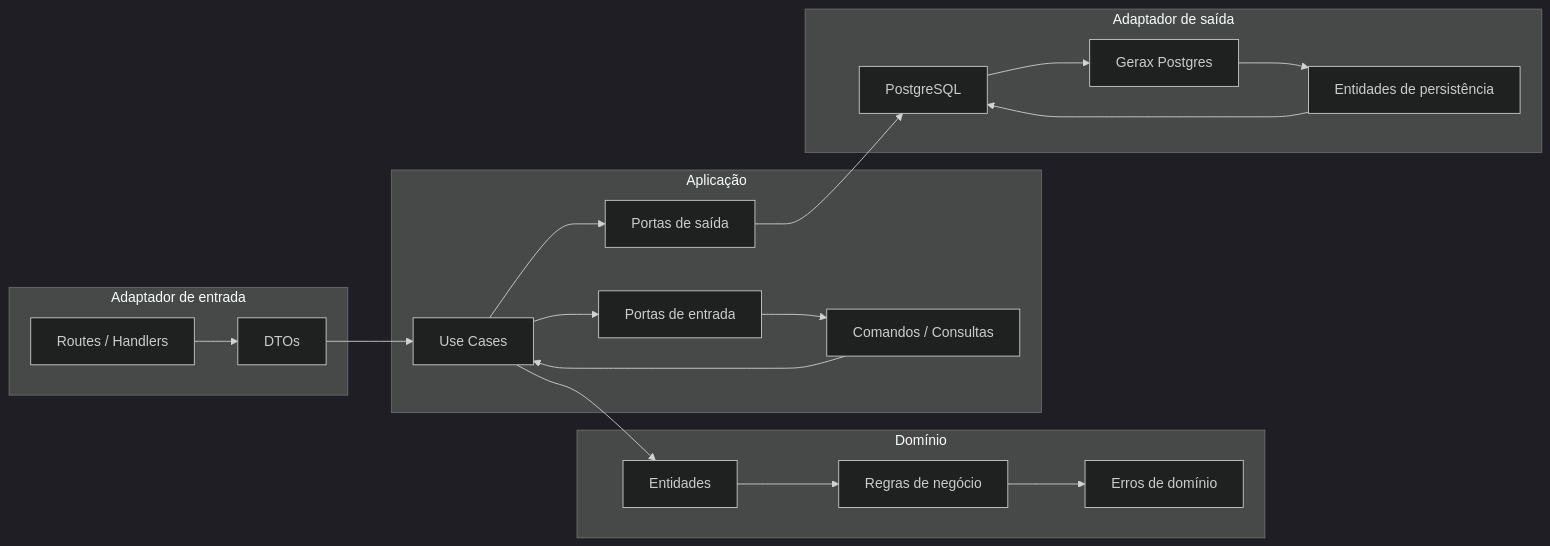
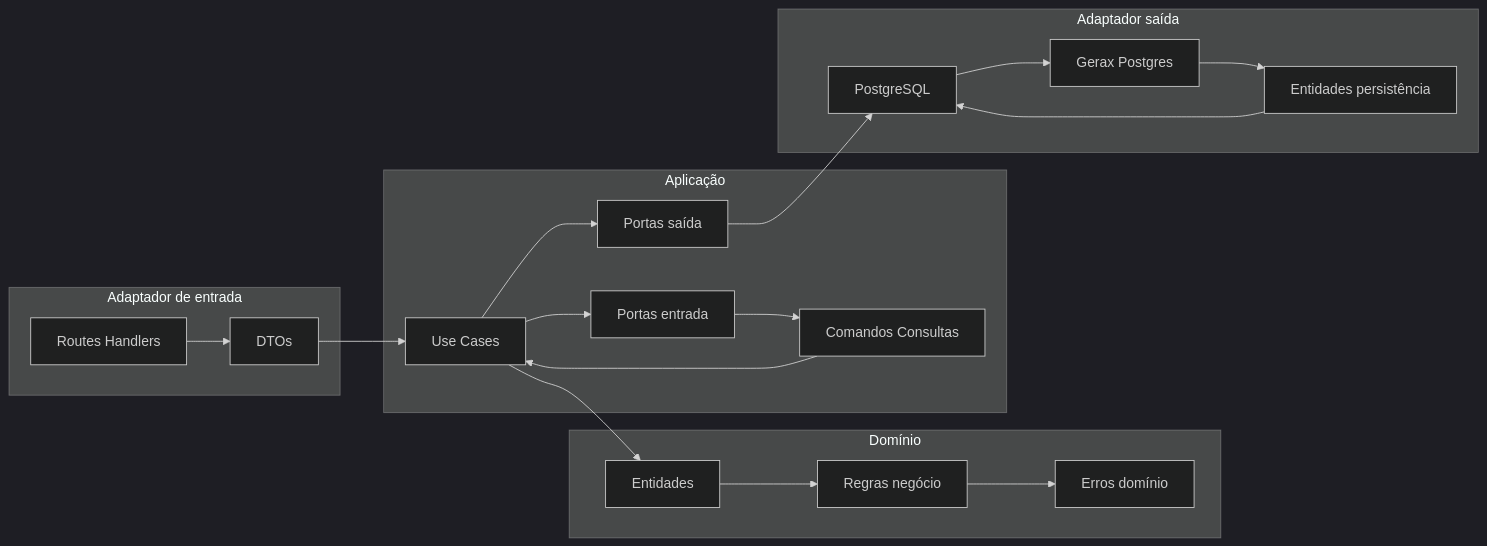
Before and after one commit to mtraja/gerax: the second of 2 diagrams in examples/app_students_v2/README.md, drawn with Mermaid (dark theme). The commit also changed other lines of this file, not shown here.

Commit message:
fix: adjust mermaid diagrams in app_students_v2 README

````diff
--- a/examples/app_students_v2/README.md
+++ b/examples/app_students_v2/README.md
@@ -61,40 +61,40 @@
 ```mermaid
 flowchart LR
     subgraph HTTP["Adaptador de entrada"]
-        A[Routes / Handlers]
+        A[Routes Handlers]
         B[DTOs]
     end
 
     subgraph APP["Aplicação"]
         C[Use Cases]
-        D[Portas de entrada]
-        E[Portas de saída]
-        F[Comandos / Consultas]
+        D[Portas entrada]
+        E[Portas saída]
+        F[Comandos Consultas]
     end
 
     subgraph DOMAIN["Domínio"]
         G[Entidades]
-        H[Erros de domínio]
-        I[Regras de negócio]
+        H[Erros domínio]
+        I[Regras negócio]
     end
 
-    subgraph OUT["Adaptador de saída"]
+    subgraph OUT["Adaptador saída"]
         J[PostgreSQL]
         K[Gerax Postgres]
-        L[Entidades de persistência]
+        L[Entidades persistência]
     end
 
     A --> B
     B --> C
     C --> D
     C --> E
     D --> F
     F --> C
     C --> G
     G --> I
     I --> H
     E --> J
     J --> K
     K --> L
     L --> J
 ```
````
